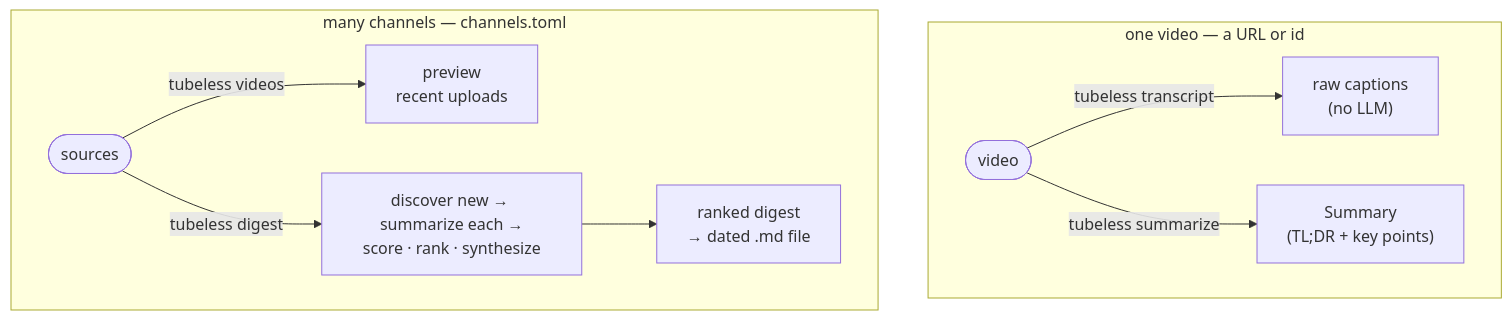
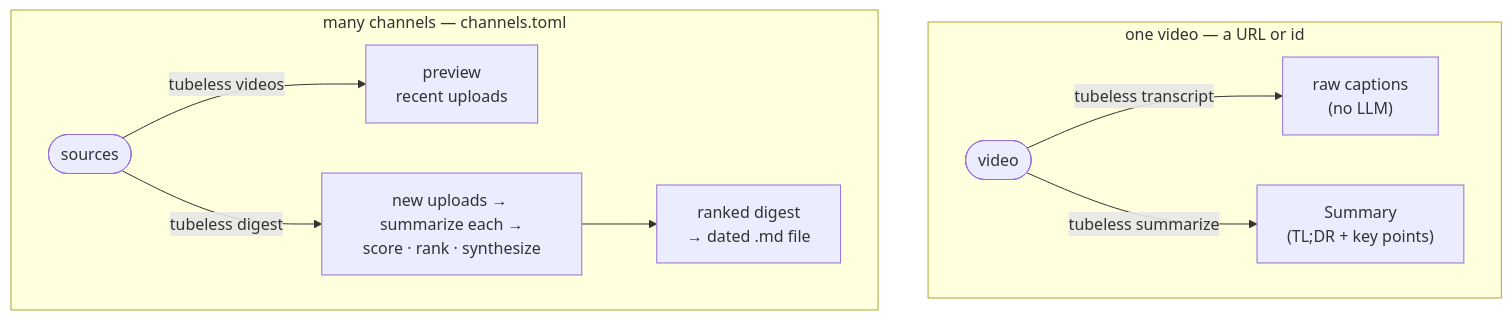
One commit to seokhoonj/tubeless changed the diagram in README.ko.md. Above: the diagram before and after it, drawn with Mermaid. The commit also changed other lines of this file and 1 other file, not shown here.

First line of the commit message:
docs: fix the pipeline diagram to say 'new uploads', not 'discover'

````diff
--- a/README.ko.md
+++ b/README.ko.md
@@ -9,17 +9,17 @@
 ```mermaid
 flowchart TD
     subgraph ONE["one video — a URL or id"]
         direction LR
         V(["video"])
         V -->|"tubeless transcript"| T["raw captions<br/>(no LLM)"]
         V -->|"tubeless summarize"| S["Summary<br/>(TL;DR + key points)"]
     end
 
     subgraph MANY["many channels — channels.toml"]
         direction LR
         C(["sources"])
         C -->|"tubeless videos"| L["preview<br/>recent uploads"]
-        C -->|"tubeless digest"| P["discover new → summarize each →<br/>score · rank · synthesize"]
+        C -->|"tubeless digest"| P["new uploads → summarize each →<br/>score · rank · synthesize"]
         P --> M["ranked digest<br/>→ dated .md file"]
     end
 ```
````
